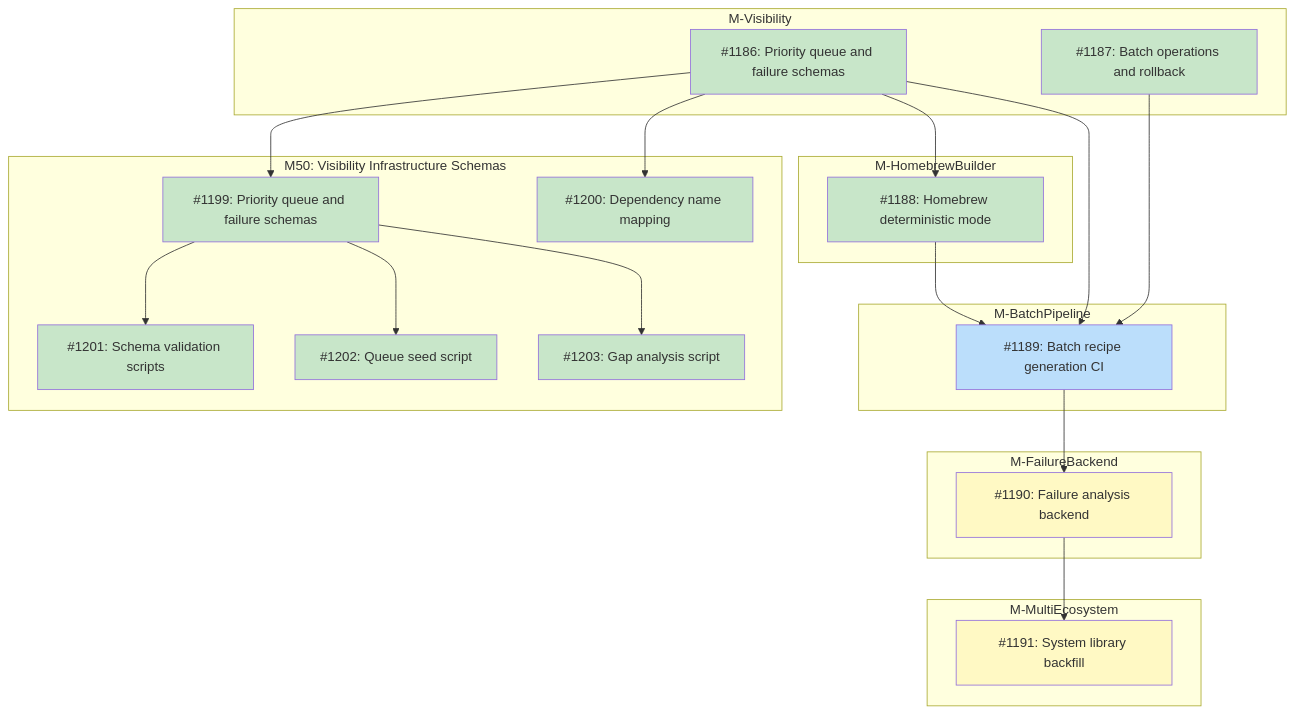
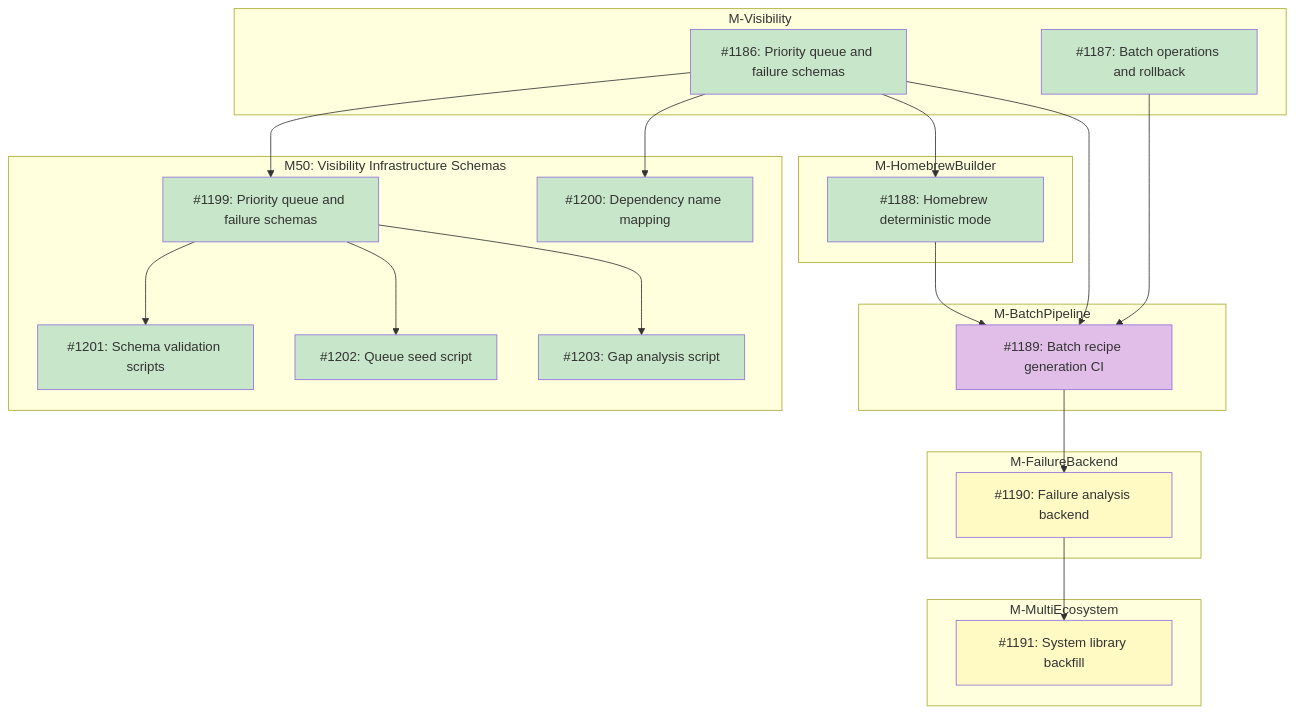
The diagram in docs/designs/DESIGN-registry-scale-strategy.md (tsukumogami/tsuku), drawn with Mermaid before and after one commit.

Commit message:
fix(ci): correct I1189 diagram class to needsDesign
Issue #1189 has the needs-design label, so its diagram class must be
needsDesign rather than ready.

````diff
--- a/docs/designs/DESIGN-registry-scale-strategy.md
+++ b/docs/designs/DESIGN-registry-scale-strategy.md
@@ -67,58 +67,58 @@
 ```mermaid
 graph TD
     subgraph M_Visibility["M-Visibility"]
         I1186["#1186: Priority queue and failure schemas"]
         I1187["#1187: Batch operations and rollback"]
     end
 
     subgraph M50["M50: Visibility Infrastructure Schemas"]
         I1199["#1199: Priority queue and failure schemas"]
         I1200["#1200: Dependency name mapping"]
         I1201["#1201: Schema validation scripts"]
         I1202["#1202: Queue seed script"]
         I1203["#1203: Gap analysis script"]
     end
 
     subgraph M_HomebrewBuilder["M-HomebrewBuilder"]
         I1188["#1188: Homebrew deterministic mode"]
     end
 
     subgraph M_BatchPipeline["M-BatchPipeline"]
         I1189["#1189: Batch recipe generation CI"]
     end
 
     subgraph M_FailureBackend["M-FailureBackend"]
         I1190["#1190: Failure analysis backend"]
     end
 
     subgraph M_MultiEcosystem["M-MultiEcosystem"]
         I1191["#1191: System library backfill"]
     end
 
     I1186 --> I1199
     I1186 --> I1200
     I1199 --> I1201
     I1199 --> I1202
     I1199 --> I1203
     I1186 --> I1188
     I1186 --> I1189
     I1187 --> I1189
     I1188 --> I1189
     I1189 --> I1190
     I1190 --> I1191
 
     classDef done fill:#c8e6c9
     classDef ready fill:#bbdefb
     classDef blocked fill:#fff9c4
     classDef needsDesign fill:#e1bee7
 
     class I1186,I1187 done
     class I1200 done
     class I1199 done
     class I1188 done
     class I1201 done
     class I1202 done
     class I1203 done
-    class I1189 ready
+    class I1189 needsDesign
     class I1190,I1191 blocked
 ```
````
